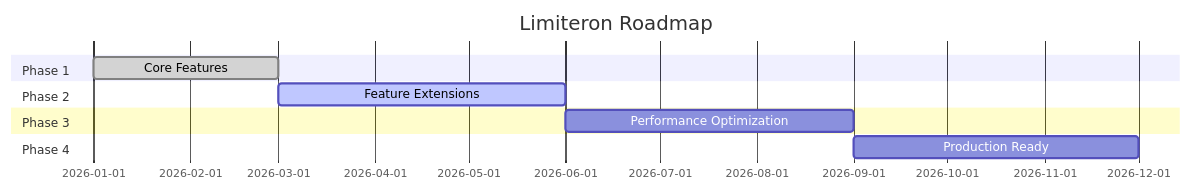
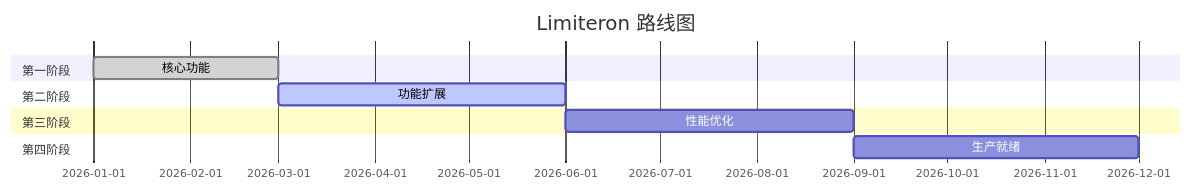
The third of 3 diagrams in README.md (Kirky-X/limiteron), drawn with Mermaid before and after one commit. The commit also changed other lines of this file and 5 other files, not shown here.

````diff
--- a/README.md
+++ b/README.md
@@ -854,13 +932,13 @@
 ```mermaid
 gantt
-    title Limiteron Roadmap
+    title Limiteron 路线图
     dateFormat  YYYY-MM
-    section Phase 1
-    Core Features           :done, 2026-01, 2026-03
-    section Phase 2
-    Feature Extensions      :active, 2026-03, 2026-06
-    section Phase 3
-    Performance Optimization :2026-06, 2026-09
-    section Phase 4
-    Production Ready        :2026-09, 2026-12
+    section 第一阶段
+    核心功能           :done, 2026-01, 2026-03
+    section 第二阶段
+    功能扩展      :active, 2026-03, 2026-06
+    section 第三阶段
+    性能优化 :2026-06, 2026-09
+    section 第四阶段
+    生产就绪        :2026-09, 2026-12
 ```
````
